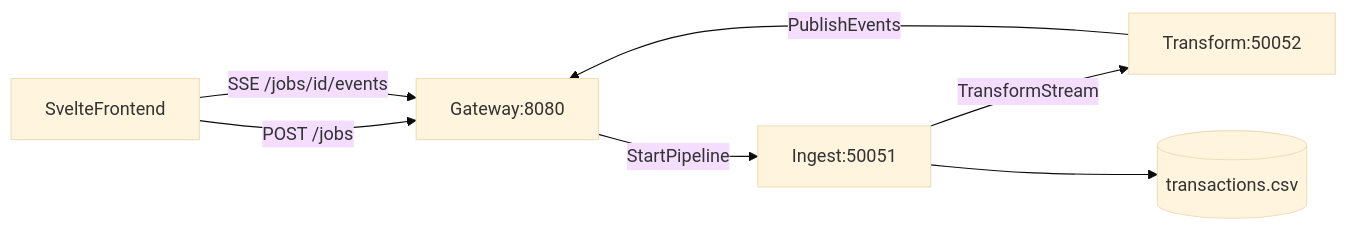
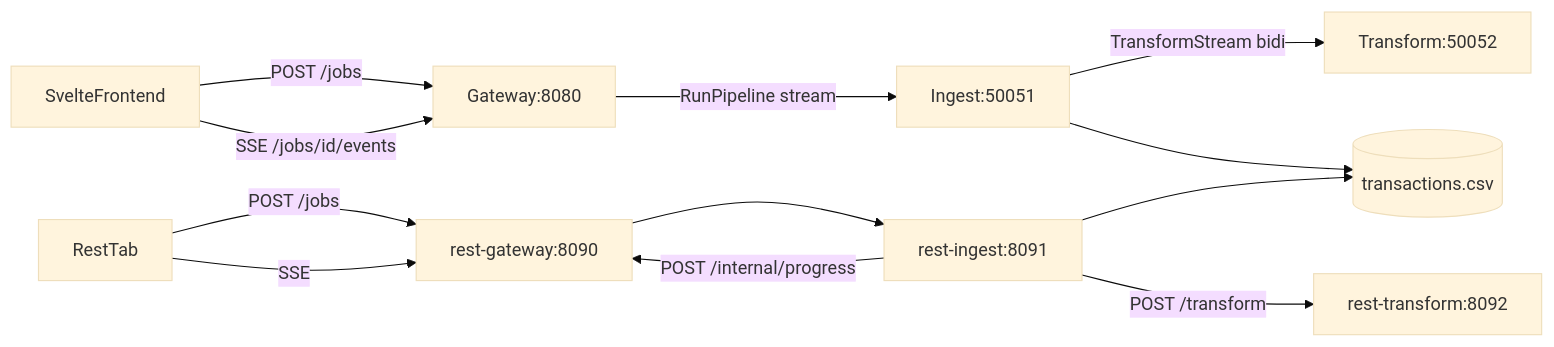
Before and after one commit to cccg8105/cccg_grpc_demo: the diagram in README.md, drawn with Mermaid (base theme). The commit also changed other lines of this file and 46 other files, not shown here.

````diff
--- a/README.md
+++ b/README.md
@@ -11,9 +11,15 @@
 ```mermaid
 flowchart LR
   UI[SvelteFrontend] -->|POST /jobs| GW[Gateway:8080]
   UI -->|SSE /jobs/id/events| GW
-  GW -->|StartPipeline| ING[Ingest:50051]
-  ING -->|TransformStream| TRF[Transform:50052]
+  GW -->|RunPipeline stream| ING[Ingest:50051]
+  ING -->|TransformStream bidi| TRF[Transform:50052]
   ING --> DATA[(transactions.csv)]
-  TRF -->|PublishEvents| GW
+
+  UI2[RestTab] -->|POST /jobs| RGW[rest-gateway:8090]
+  UI2 -->|SSE| RGW
+  RGW --> RING[rest-ingest:8091]
+  RING -->|POST /transform| RTRF[rest-transform:8092]
+  RING -->|POST /internal/progress| RGW
+  RING --> DATA
 ```
````
